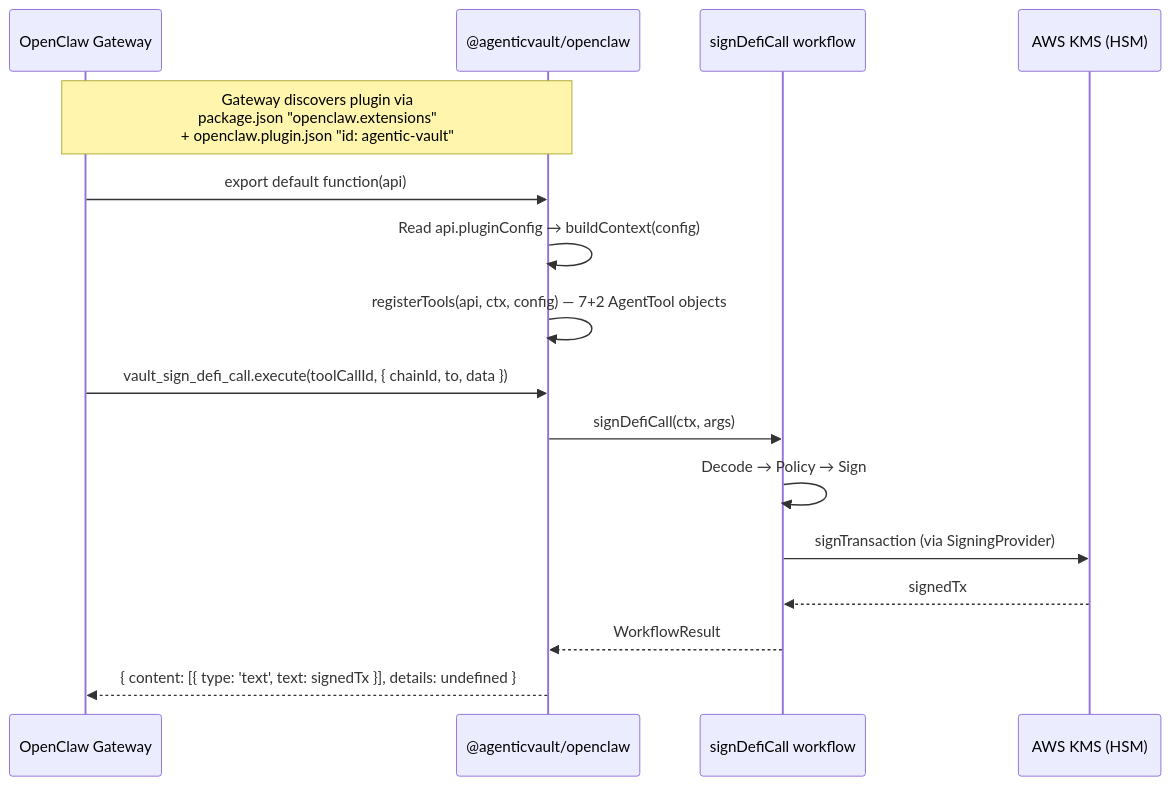
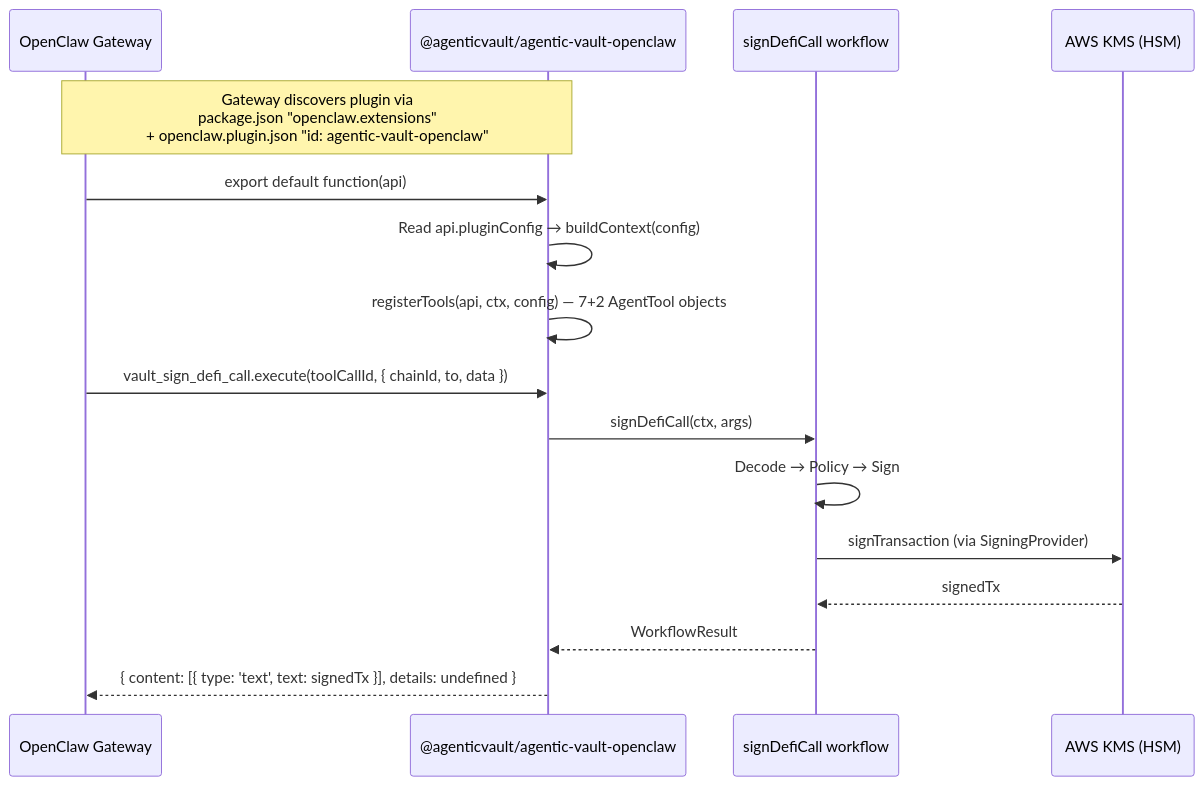
Before and after one commit to agenticvault/agentic-vault: the fourth of 4 diagrams in docs/features/defi-protocol-integration/2-tech-spec.md, drawn with Mermaid. The commit also changed other lines of this file and 20 other files, not shown here.

First line of the commit message:
feat: Renames OpenClaw to agentic-vault-openclaw

````diff
--- a/docs/features/defi-protocol-integration/2-tech-spec.md
+++ b/docs/features/defi-protocol-integration/2-tech-spec.md
@@ -1502,20 +1502,20 @@
 ```mermaid
 sequenceDiagram
     participant OC as OpenClaw Gateway
-    participant Plugin as @agenticvault/openclaw
+    participant Plugin as @agenticvault/agentic-vault-openclaw
     participant WF as signDefiCall workflow
     participant KMS as AWS KMS (HSM)
 
-    Note over OC,Plugin: Gateway discovers plugin via<br/>package.json "openclaw.extensions"<br/>+ openclaw.plugin.json "id: agentic-vault"
+    Note over OC,Plugin: Gateway discovers plugin via<br/>package.json "openclaw.extensions"<br/>+ openclaw.plugin.json "id: agentic-vault-openclaw"
     OC->>Plugin: export default function(api)
     Plugin->>Plugin: Read api.pluginConfig → buildContext(config)
     Plugin->>Plugin: registerTools(api, ctx, config) — 7+2 AgentTool objects
 
     OC->>Plugin: vault_sign_defi_call.execute(toolCallId, { chainId, to, data })
     Plugin->>WF: signDefiCall(ctx, args)
     WF->>WF: Decode → Policy → Sign
     WF->>KMS: signTransaction (via SigningProvider)
     KMS-->>WF: signedTx
     WF-->>Plugin: WorkflowResult
     Plugin-->>OC: { content: [{ type: 'text', text: signedTx }], details: undefined }
 ```
````
